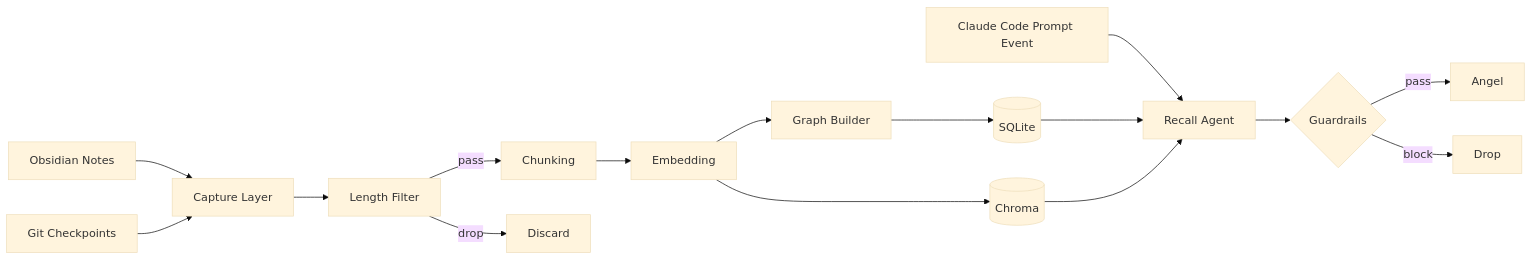
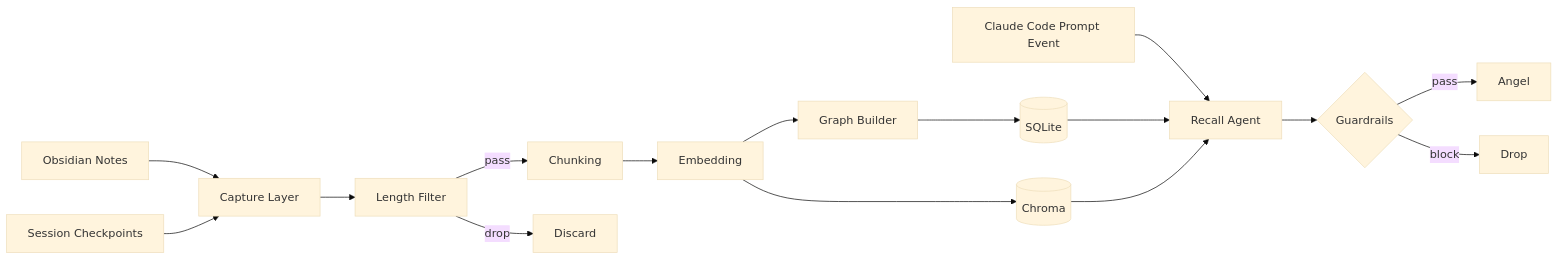
One commit to Starlight258/Guardian changed the diagram in docs/architecture.md. Above: the diagram before and after it, drawn with Mermaid (base theme). The commit also changed other lines of this file and 4 other files, not shown here.

First line of the commit message:
refactor(checkpoint): replace git-based checkpoint with session-based capture

````diff
--- a/docs/architecture.md
+++ b/docs/architecture.md
@@ -15,26 +15,26 @@
 ```mermaid
 flowchart LR
     A[Obsidian Notes] --> C[Capture Layer]
-    B[Git Checkpoints] --> C
+    B[Session Checkpoints] --> C
 
     C --> LF[Length Filter]
 
     LF -->|pass| D[Chunking]
     LF -->|drop| X[Discard]
 
     D --> E[Embedding]
 
     E --> F[Graph Builder]
 
     F --> G[(SQLite)]
     E --> H[(Chroma)]
 
     P[Claude Code Prompt Event] --> RC[Recall Agent]
     G --> RC
     H --> RC
 
     RC --> GR{Guardrails}
 
     GR -->|pass| J[Angel]
     GR -->|block| Y[Drop]
 ```
````
